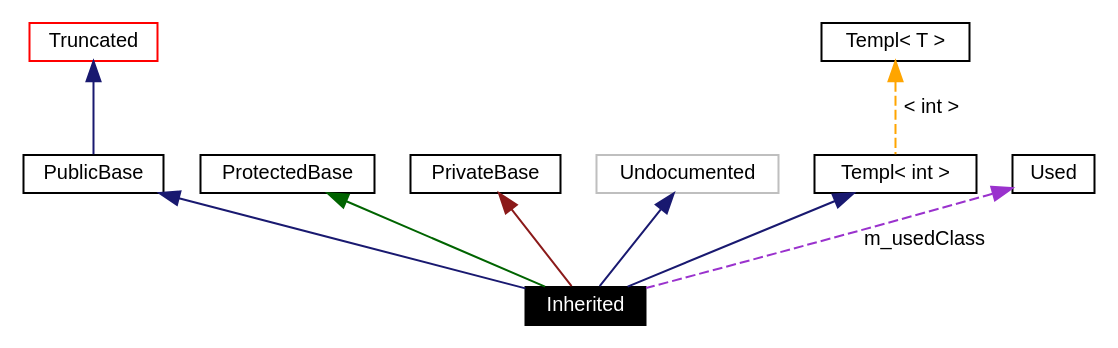
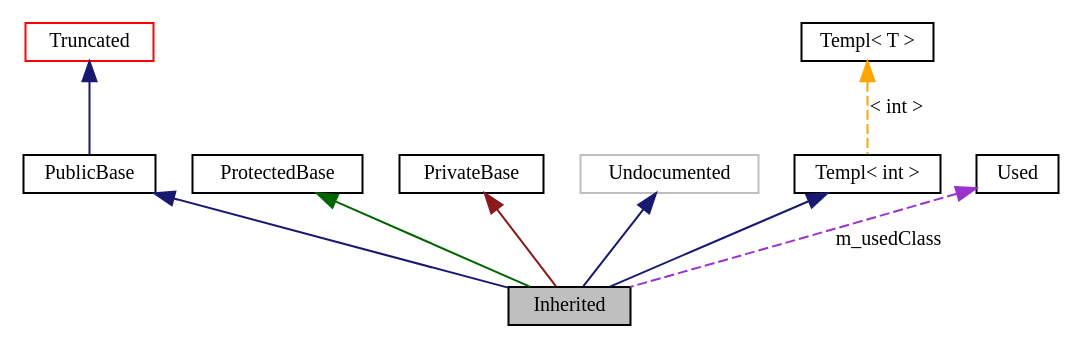
The diagram in website/doc/api/graph_legend.dot (rajbot/gphoto), drawn with Graphviz before and after one commit. The commit also changed 315 other files, not shown here.

```diff
--- a/website/doc/api/graph_legend.dot
+++ b/website/doc/api/graph_legend.dot
@@ -1,22 +1,22 @@
 digraph G
 {
-  edge [fontname="Helvetica",fontsize=10,labelfontname="Helvetica",labelfontsize=10];
-  node [fontname="Helvetica",fontsize=10,shape=record];
-  Node9 [shape="box",label="Inherited",fontsize=10,height=0.2,width=0.4,fontname="Helvetica",color="black",style="filled" fontcolor="white"];
-  Node10 -> Node9 [dir=back,color="midnightblue",fontsize=10,style="solid",fontname="Helvetica"];
-  Node10 [shape="box",label="PublicBase",fontsize=10,height=0.2,width=0.4,fontname="Helvetica",color="black",URL="$classPublicBase.html"];
-  Node11 -> Node10 [dir=back,color="midnightblue",fontsize=10,style="solid",fontname="Helvetica"];
-  Node11 [shape="box",label="Truncated",fontsize=10,height=0.2,width=0.4,fontname="Helvetica",color="red",URL="$classTruncated.html"];
-  Node13 -> Node9 [dir=back,color="darkgreen",fontsize=10,style="solid",fontname="Helvetica"];
-  Node13 [shape="box",label="ProtectedBase",fontsize=10,height=0.2,width=0.4,fontname="Helvetica",color="black",URL="$classProtectedBase.html"];
-  Node14 -> Node9 [dir=back,color="firebrick4",fontsize=10,style="solid",fontname="Helvetica"];
-  Node14 [shape="box",label="PrivateBase",fontsize=10,height=0.2,width=0.4,fontname="Helvetica",color="black",URL="$classPrivateBase.html"];
-  Node15 -> Node9 [dir=back,color="midnightblue",fontsize=10,style="solid",fontname="Helvetica"];
-  Node15 [shape="box",label="Undocumented",fontsize=10,height=0.2,width=0.4,fontname="Helvetica",color="grey75"];
-  Node16 -> Node9 [dir=back,color="midnightblue",fontsize=10,style="solid",fontname="Helvetica"];
-  Node16 [shape="box",label="Templ< int >",fontsize=10,height=0.2,width=0.4,fontname="Helvetica",color="black",URL="$classTempl.html"];
-  Node17 -> Node16 [dir=back,color="orange",fontsize=10,style="dashed",label="< int >",fontname="Helvetica"];
-  Node17 [shape="box",label="Templ< T >",fontsize=10,height=0.2,width=0.4,fontname="Helvetica",color="black",URL="$classTempl.html"];
-  Node18 -> Node9 [dir=back,color="darkorchid3",fontsize=10,style="dashed",label="m_usedClass",fontname="Helvetica"];
-  Node18 [shape="box",label="Used",fontsize=10,height=0.2,width=0.4,fontname="Helvetica",color="black",URL="$classUsed.html"];
+  edge [fontname="FreeSans.ttf",fontsize=10,labelfontname="FreeSans.ttf",labelfontsize=10];
+  node [fontname="FreeSans.ttf",fontsize=10,shape=record];
+  Node9 [shape="box",label="Inherited",fontsize=10,height=0.2,width=0.4,fontname="FreeSans.ttf",fillcolor="grey75",style="filled" fontcolor="black"];
+  Node10 -> Node9 [dir=back,color="midnightblue",fontsize=10,style="solid",fontname="FreeSans.ttf"];
+  Node10 [shape="box",label="PublicBase",fontsize=10,height=0.2,width=0.4,fontname="FreeSans.ttf",color="black",URL="$classPublicBase.html"];
+  Node11 -> Node10 [dir=back,color="midnightblue",fontsize=10,style="solid",fontname="FreeSans.ttf"];
+  Node11 [shape="box",label="Truncated",fontsize=10,height=0.2,width=0.4,fontname="FreeSans.ttf",color="red",URL="$classTruncated.html"];
+  Node13 -> Node9 [dir=back,color="darkgreen",fontsize=10,style="solid",fontname="FreeSans.ttf"];
+  Node13 [shape="box",label="ProtectedBase",fontsize=10,height=0.2,width=0.4,fontname="FreeSans.ttf",color="black",URL="$classProtectedBase.html"];
+  Node14 -> Node9 [dir=back,color="firebrick4",fontsize=10,style="solid",fontname="FreeSans.ttf"];
+  Node14 [shape="box",label="PrivateBase",fontsize=10,height=0.2,width=0.4,fontname="FreeSans.ttf",color="black",URL="$classPrivateBase.html"];
+  Node15 -> Node9 [dir=back,color="midnightblue",fontsize=10,style="solid",fontname="FreeSans.ttf"];
+  Node15 [shape="box",label="Undocumented",fontsize=10,height=0.2,width=0.4,fontname="FreeSans.ttf",color="grey75"];
+  Node16 -> Node9 [dir=back,color="midnightblue",fontsize=10,style="solid",fontname="FreeSans.ttf"];
+  Node16 [shape="box",label="Templ< int >",fontsize=10,height=0.2,width=0.4,fontname="FreeSans.ttf",color="black",URL="$classTempl.html"];
+  Node17 -> Node16 [dir=back,color="orange",fontsize=10,style="dashed",label="< int >",fontname="FreeSans.ttf"];
+  Node17 [shape="box",label="Templ< T >",fontsize=10,height=0.2,width=0.4,fontname="FreeSans.ttf",color="black",URL="$classTempl.html"];
+  Node18 -> Node9 [dir=back,color="darkorchid3",fontsize=10,style="dashed",label="m_usedClass",fontname="FreeSans.ttf"];
+  Node18 [shape="box",label="Used",fontsize=10,height=0.2,width=0.4,fontname="FreeSans.ttf",color="black",URL="$classUsed.html"];
 }
```
